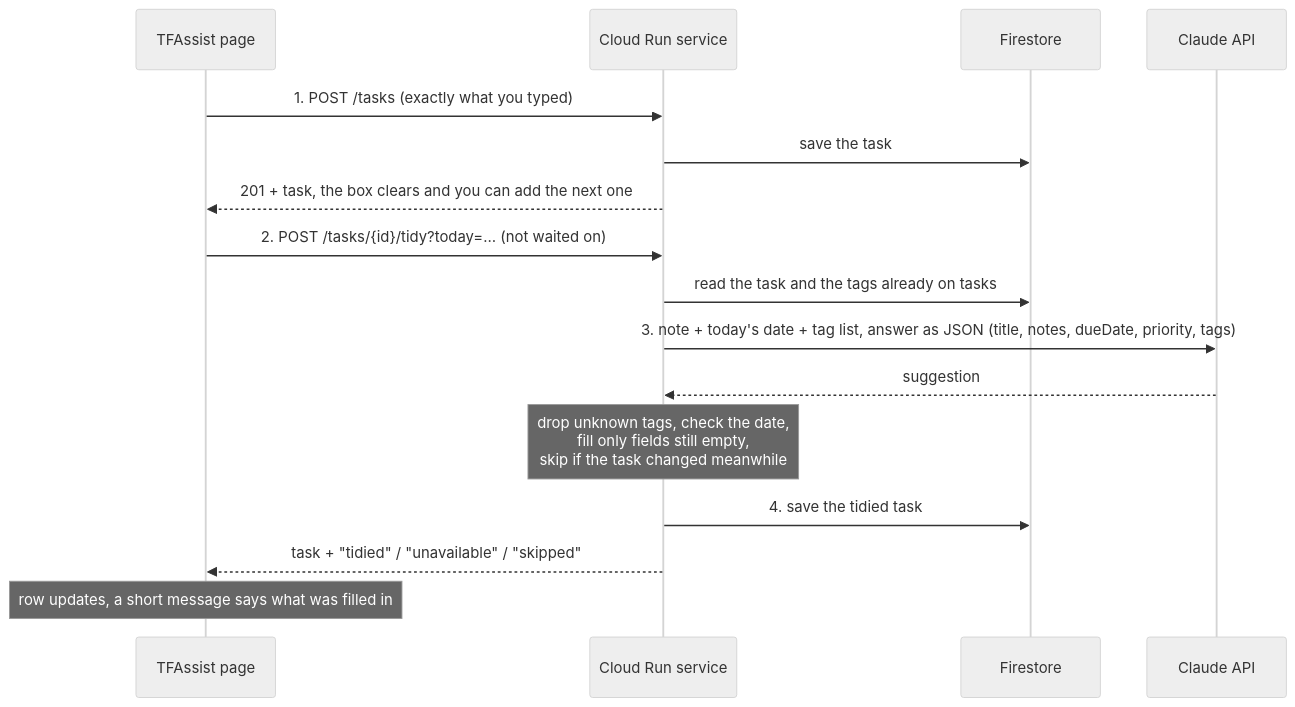
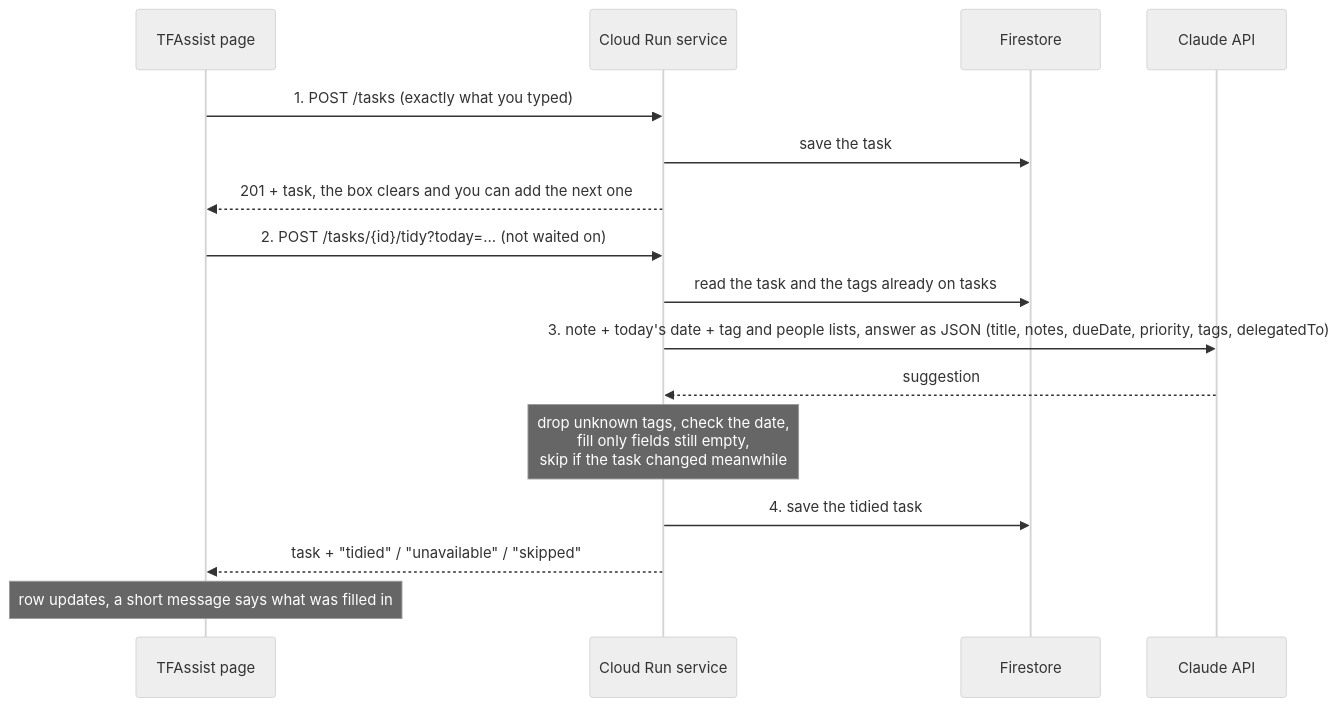
The fourth of 6 diagrams in docs/architecture.md (timsomero/knowledgebase-api), drawn with Mermaid (neutral theme) before and after one commit. The commit also changed other lines of this file and 1 other file, not shown here.

First line of the commit message:
Update architecture docs for Work mode and Settings

````diff
--- a/docs/architecture.md
+++ b/docs/architecture.md
@@ -131,18 +132,18 @@
 ```mermaid
 sequenceDiagram
   participant P as TFAssist page
   participant S as Cloud Run service
   participant F as Firestore
   participant C as Claude API
   P->>S: 1. POST /tasks (exactly what you typed)
   S->>F: save the task
   S-->>P: 201 + task, the box clears and you can add the next one
   P->>S: 2. POST /tasks/{id}/tidy?today=… (not waited on)
   S->>F: read the task and the tags already on tasks
-  S->>C: 3. note + today's date + tag list, answer as JSON (title, notes, dueDate, priority, tags)
+  S->>C: 3. note + today's date + tag and people lists, answer as JSON (title, notes, dueDate, priority, tags, delegatedTo)
   C-->>S: suggestion
   Note over S: drop unknown tags, check the date,<br/>fill only fields still empty,<br/>skip if the task changed meanwhile
   S->>F: 4. save the tidied task
   S-->>P: task + "tidied" / "unavailable" / "skipped"
   Note over P: row updates, a short message says what was filled in
 ```
````
